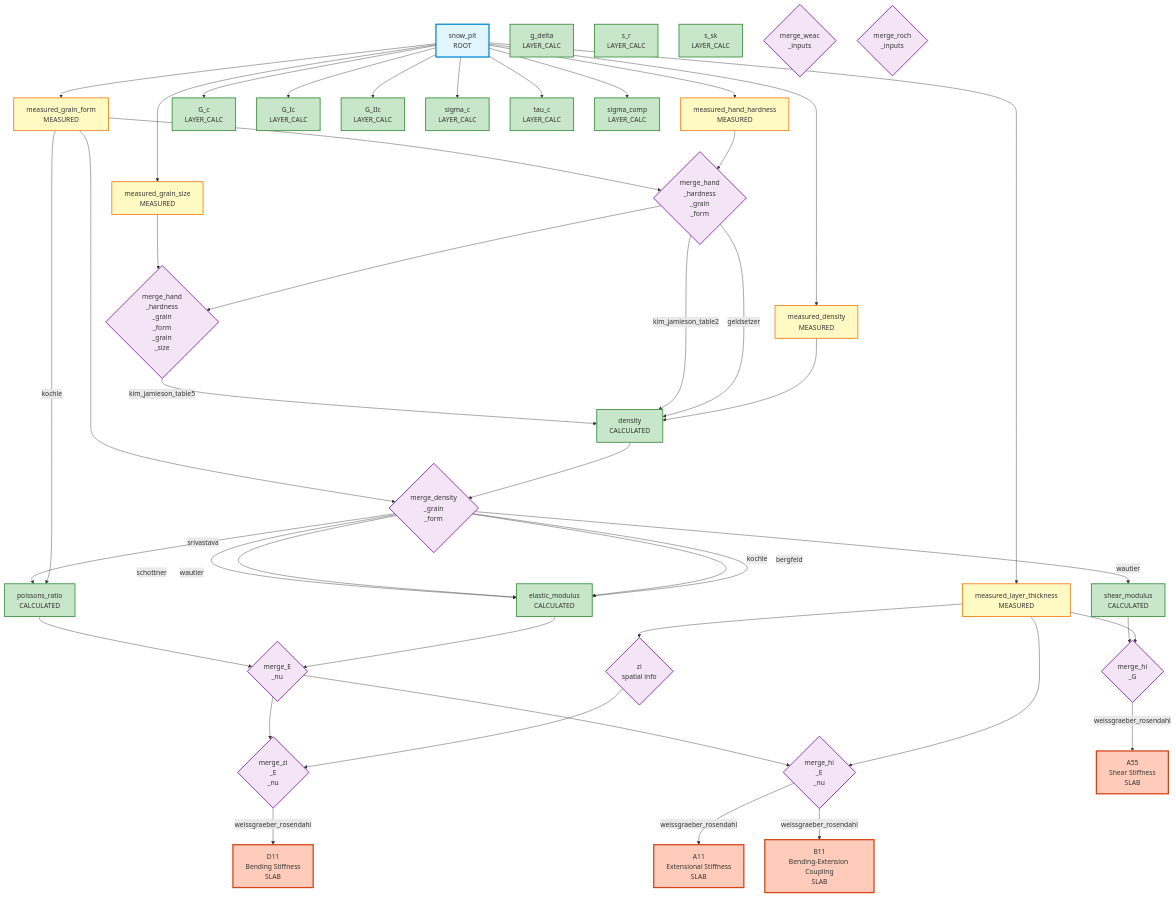
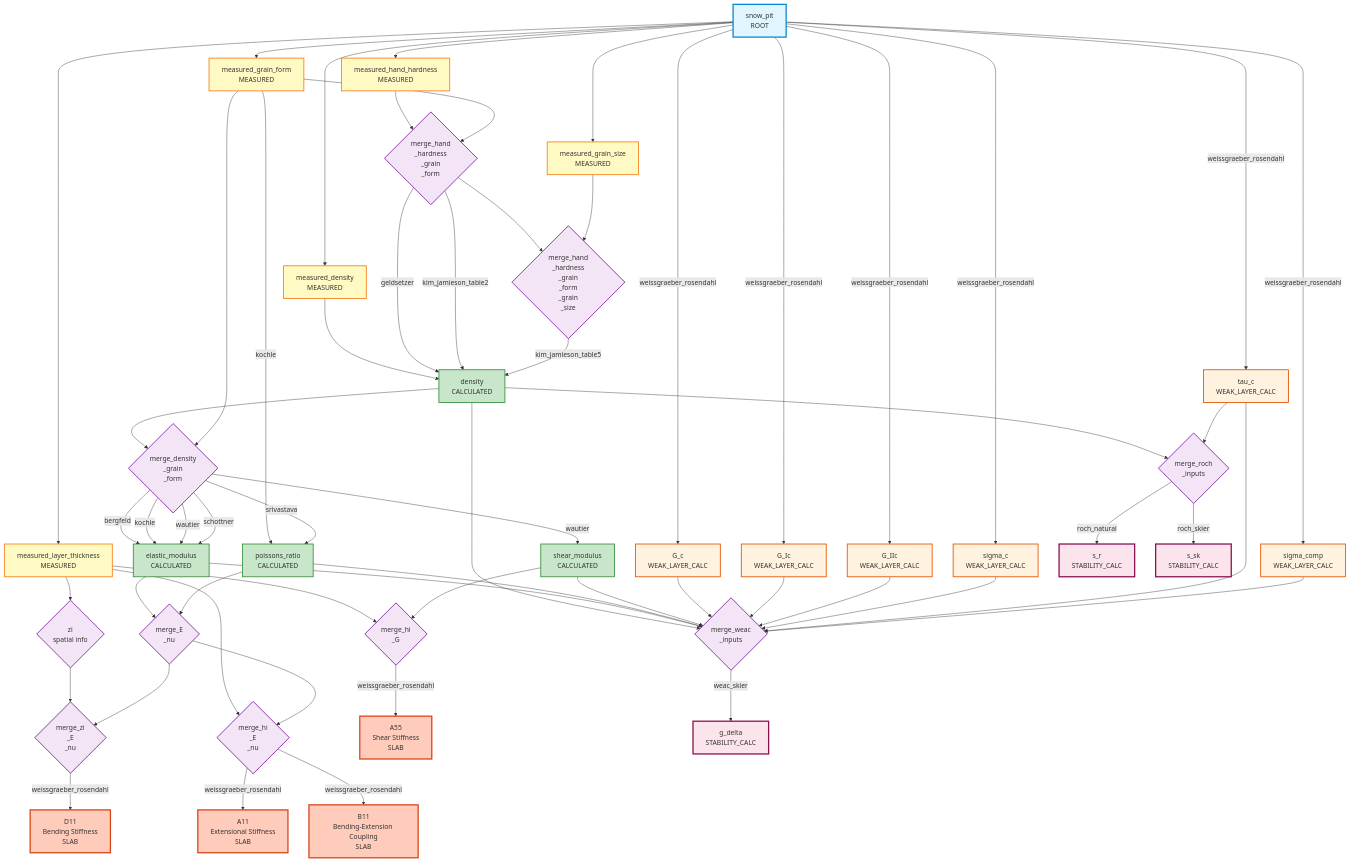
Before and after one commit to connellymk/SnowPyt-MechParams: the diagram in docs/parameter_graph.md, drawn with Mermaid. The commit also changed 6 other files, not shown here.

Commit message:
graph cleanup

````diff
--- a/docs/parameter_graph.md
+++ b/docs/parameter_graph.md
@@ -22,15 +22,6 @@
     elastic_modulus[elastic_modulus<br/>CALCULATED]
     poissons_ratio[poissons_ratio<br/>CALCULATED]
     shear_modulus[shear_modulus<br/>CALCULATED]
-    G_c[G_c<br/>LAYER_CALC]
-    G_Ic[G_Ic<br/>LAYER_CALC]
-    G_IIc[G_IIc<br/>LAYER_CALC]
-    sigma_c[sigma_c<br/>LAYER_CALC]
-    tau_c[tau_c<br/>LAYER_CALC]
-    sigma_comp[sigma_comp<br/>LAYER_CALC]
-    g_delta[g_delta<br/>LAYER_CALC]
-    s_r[s_r<br/>LAYER_CALC]
-    s_sk[s_sk<br/>LAYER_CALC]
     
     %% Slab-level merge nodes
     zi{zi<br/>spatial info}
@@ -38,8 +29,6 @@
     merge_zi_E_nu{merge_zi<br/>_E<br/>_nu}
     merge_hi_G{merge_hi<br/>_G}
     merge_hi_E_nu{merge_hi<br/>_E<br/>_nu}
-    merge_weac_inputs{merge_weac<br/>_inputs}
-    merge_roch_inputs{merge_roch<br/>_inputs}
     
     %% Slab parameters
     A11[A11<br/>Extensional Stiffness<br/>SLAB]
@@ -47,45 +36,67 @@
     D11[D11<br/>Bending Stiffness<br/>SLAB]
     A55[A55<br/>Shear Stiffness<br/>SLAB]
     
-    %% Snow pit to measured parameters (data flow)
+    %% Weak-layer parameters
+    G_c[G_c<br/>WEAK_LAYER_CALC]
+    G_Ic[G_Ic<br/>WEAK_LAYER_CALC]
+    G_IIc[G_IIc<br/>WEAK_LAYER_CALC]
+    sigma_c[sigma_c<br/>WEAK_LAYER_CALC]
+    tau_c[tau_c<br/>WEAK_LAYER_CALC]
+    sigma_comp[sigma_comp<br/>WEAK_LAYER_CALC]
+    
+    %% Stability merge nodes
+    merge_weac_inputs{merge_weac<br/>_inputs}
+    merge_roch_inputs{merge_roch<br/>_inputs}
+    
+    %% Stability model outputs
+    g_delta[g_delta<br/>STABILITY_CALC]
+    s_r[s_r<br/>STABILITY_CALC]
+    s_sk[s_sk<br/>STABILITY_CALC]
+    
+    %% All parameter relationships
     snow_pit --> measured_density
     snow_pit --> measured_hand_hardness
     snow_pit --> measured_grain_form
     snow_pit --> measured_grain_size
     snow_pit --> measured_layer_thickness
-    snow_pit --> G_c
-    snow_pit --> G_Ic
-    snow_pit --> G_IIc
-    snow_pit --> sigma_c
-    snow_pit --> tau_c
-    snow_pit --> sigma_comp
-    
-    %% Density pathways
     measured_density --> density
+    measured_hand_hardness --> merge_hand_hardness_grain_form
+    measured_grain_form --> merge_hand_hardness_grain_form
     merge_hand_hardness_grain_form -->|geldsetzer| density
     merge_hand_hardness_grain_form -->|kim_jamieson_table2| density
-    merge_hand_hardness_grain_form_grain_size -->|kim_jamieson_table5| density
-    measured_hand_hardness --> merge_hand_hardness_grain_form
-    measured_grain_form --> merge_hand_hardness_grain_form
     merge_hand_hardness_grain_form --> merge_hand_hardness_grain_form_grain_size
     measured_grain_size --> merge_hand_hardness_grain_form_grain_size
-    
-    %% Elastic modulus pathways
+    merge_hand_hardness_grain_form_grain_size -->|kim_jamieson_table5| density
     density --> merge_density_grain_form
     measured_grain_form --> merge_density_grain_form
     merge_density_grain_form -->|bergfeld| elastic_modulus
     merge_density_grain_form -->|kochle| elastic_modulus
     merge_density_grain_form -->|wautier| elastic_modulus
     merge_density_grain_form -->|schottner| elastic_modulus
-    
-    %% Poisson's ratio pathways
     measured_grain_form -->|kochle| poissons_ratio
     merge_density_grain_form -->|srivastava| poissons_ratio
-    
-    %% Shear modulus pathways
     merge_density_grain_form -->|wautier| shear_modulus
-    
-    %% Slab-level calculations
+    snow_pit -->|weissgraeber_rosendahl| G_c
+    snow_pit -->|weissgraeber_rosendahl| G_Ic
+    snow_pit -->|weissgraeber_rosendahl| G_IIc
+    snow_pit -->|weissgraeber_rosendahl| sigma_c
+    snow_pit -->|weissgraeber_rosendahl| tau_c
+    snow_pit -->|weissgraeber_rosendahl| sigma_comp
+    density --> merge_weac_inputs
+    elastic_modulus --> merge_weac_inputs
+    poissons_ratio --> merge_weac_inputs
+    shear_modulus --> merge_weac_inputs
+    G_c --> merge_weac_inputs
+    G_Ic --> merge_weac_inputs
+    G_IIc --> merge_weac_inputs
+    sigma_c --> merge_weac_inputs
+    tau_c --> merge_weac_inputs
+    sigma_comp --> merge_weac_inputs
+    merge_weac_inputs -->|weac_skier| g_delta
+    density --> merge_roch_inputs
+    tau_c --> merge_roch_inputs
+    merge_roch_inputs -->|roch_natural| s_r
+    merge_roch_inputs -->|roch_skier| s_sk
     measured_layer_thickness --> zi
     elastic_modulus --> merge_E_nu
     poissons_ratio --> merge_E_nu
@@ -106,10 +117,14 @@
     classDef mergeNode fill:#f3e5f5,stroke:#7b1fa2,stroke-width:2px
     classDef layerCalc fill:#c8e6c9,stroke:#388e3c,stroke-width:2px
     classDef slabCalc fill:#ffccbc,stroke:#d84315,stroke-width:3px
+    classDef weakLayerCalc fill:#fff3e0,stroke:#e65100,stroke-width:2px
+    classDef stabilityCalc fill:#fce4ec,stroke:#880e4f,stroke-width:3px
     
     class snow_pit rootNode
     class measured_density,measured_hand_hardness,measured_grain_form,measured_grain_size,measured_layer_thickness measuredNode
     class merge_hand_hardness_grain_form,merge_hand_hardness_grain_form_grain_size,merge_density_grain_form,zi,merge_E_nu,merge_zi_E_nu,merge_hi_G,merge_hi_E_nu,merge_weac_inputs,merge_roch_inputs mergeNode
-    class density,elastic_modulus,poissons_ratio,shear_modulus,G_c,G_Ic,G_IIc,sigma_c,tau_c,sigma_comp,g_delta,s_r,s_sk layerCalc
+    class density,elastic_modulus,poissons_ratio,shear_modulus layerCalc
     class A11,B11,D11,A55 slabCalc
+    class G_c,G_Ic,G_IIc,sigma_c,tau_c,sigma_comp weakLayerCalc
+    class g_delta,s_r,s_sk stabilityCalc
 ```
````
